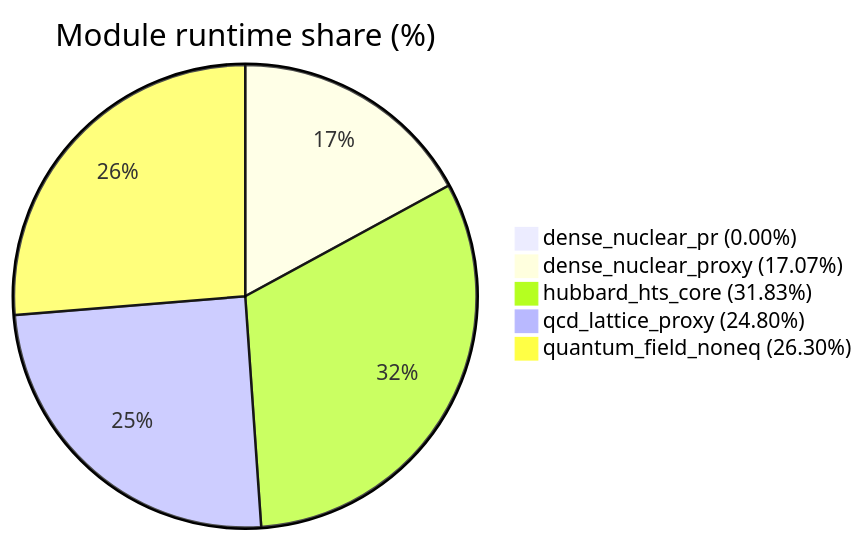
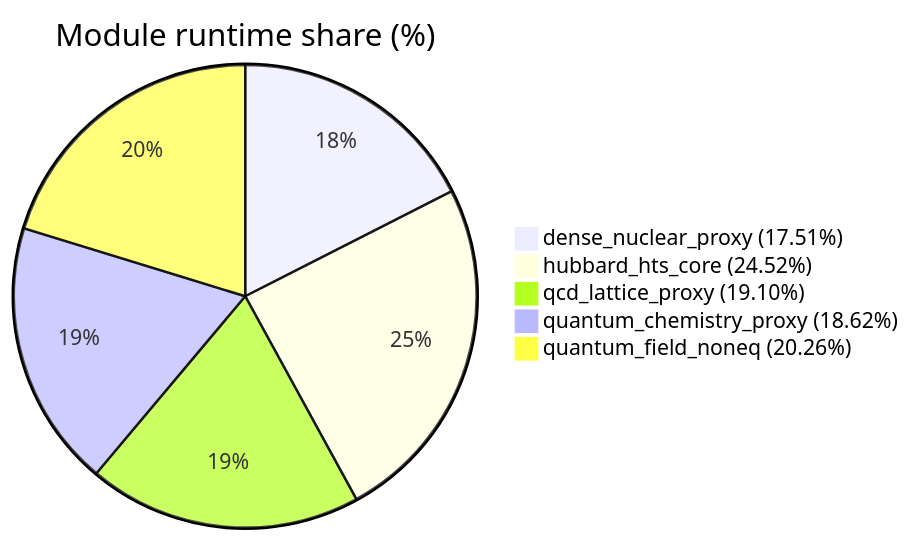
One commit to lumc01/Lumvorax changed the second of 2 diagrams in src/advanced_calculations/quantum_problem_hubbard_hts/results/research_20260306T013335Z_2031/tests/integration_low_level_runtime_metrics.md. Above: the diagram before and after it, drawn with Mermaid. The commit also changed other lines of this file and 38 other files, not shown here.

````diff
--- a/src/advanced_calculations/quantum_problem_hubbard_hts/results/research_20260306T013335Z_2031/tests/integration_low_level_runtime_metrics.md
+++ b/src/advanced_calculations/quantum_problem_hubbard_hts/results/research_20260306T013335Z_2031/tests/integration_low_level_runtime_metrics.md
@@ -24,8 +24,8 @@
 ```mermaid
 pie title Module runtime share (%)
-    "dense_nuclear_pr (0.00%)" : 0.00
-    "dense_nuclear_proxy (17.07%)" : 17.07
-    "hubbard_hts_core (31.83%)" : 31.83
-    "qcd_lattice_proxy (24.80%)" : 24.80
-    "quantum_field_noneq (26.30%)" : 26.30
+    "dense_nuclear_proxy (17.51%)" : 17.51
+    "hubbard_hts_core (24.52%)" : 24.52
+    "qcd_lattice_proxy (19.10%)" : 19.10
+    "quantum_chemistry_proxy (18.62%)" : 18.62
+    "quantum_field_noneq (20.26%)" : 20.26
 ```
````
